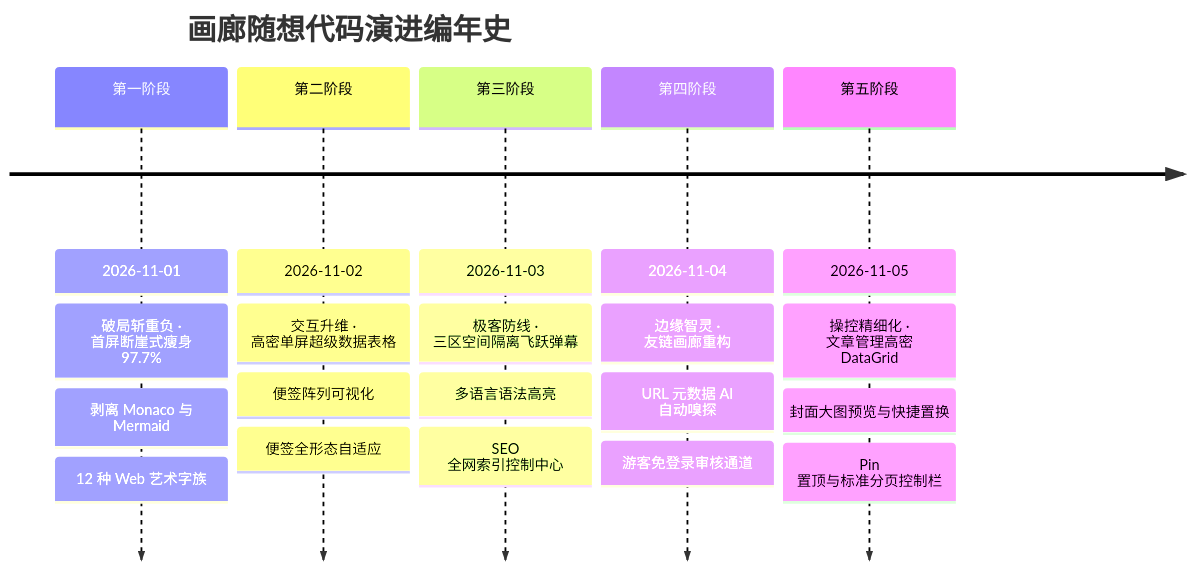
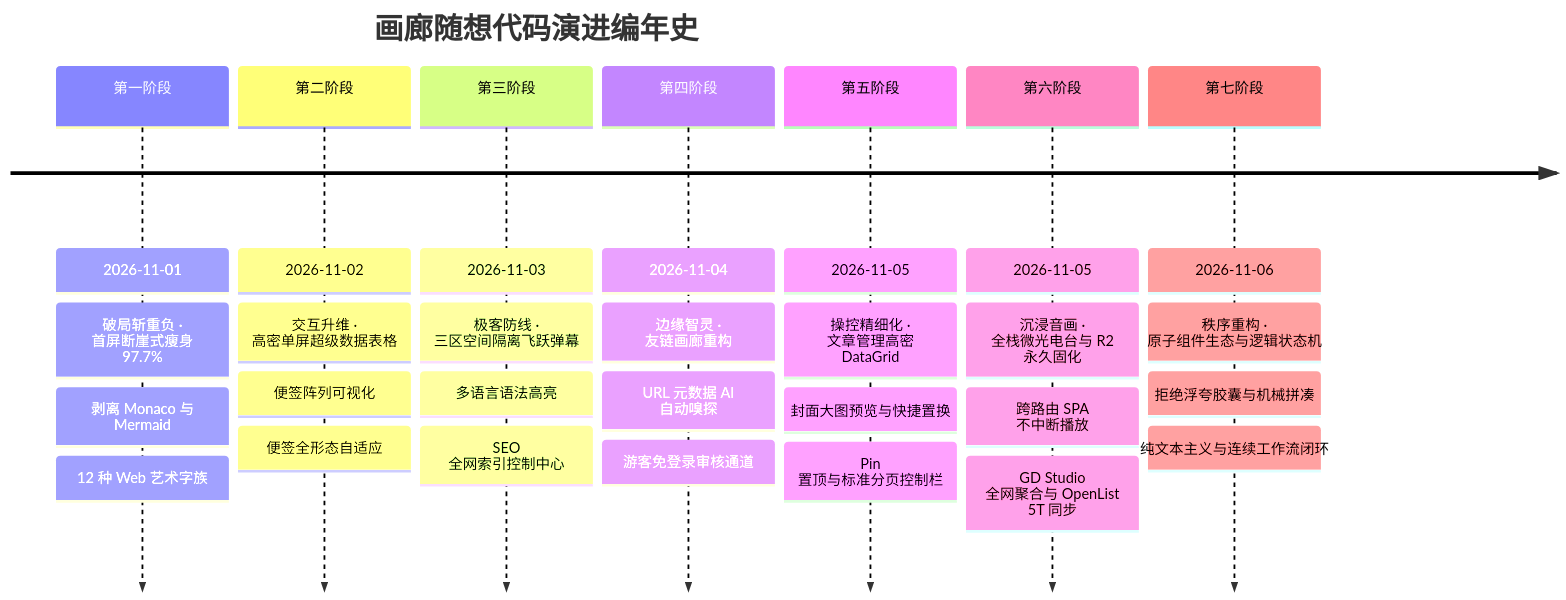
Before and after one commit to Smail-droid/Rin: the first of 3 diagrams in 画廊随想.md, drawn with Mermaid. The commit also changed other lines of this file, not shown here.

Commit message:
docs: chronicle music persistence, R2 pipeline, atomic widgets philosophy and state-machine workflow charter in manual

````diff
--- a/画廊随想.md
+++ b/画廊随想.md
@@ -36,9 +36,11 @@
 ```mermaid
 timeline
     title 画廊随想代码演进编年史
     第一阶段 : 2026-11-01 : 破局斩重负 · 首屏断崖式瘦身 97.7% : 剥离 Monaco 与 Mermaid : 12 种 Web 艺术字族
     第二阶段 : 2026-11-02 : 交互升维 · 高密单屏超级数据表格 : 便签阵列可视化 : 便签全形态自适应
     第三阶段 : 2026-11-03 : 极客防线 · 三区空间隔离飞跃弹幕 : 多语言语法高亮 : SEO 全网索引控制中心
     第四阶段 : 2026-11-04 : 边缘智灵 · 友链画廊重构 : URL 元数据 AI 自动嗅探 : 游客免登录审核通道
     第五阶段 : 2026-11-05 : 操控精细化 · 文章管理高密 DataGrid : 封面大图预览与快捷置换 : Pin 置顶与标准分页控制栏
+    第六阶段 : 2026-11-05 : 沉浸音画 · 全栈微光电台与 R2 永久固化 : 跨路由 SPA 不中断播放 : GD Studio 全网聚合与 OpenList 5T 同步
+    第七阶段 : 2026-11-06 : 秩序重构 · 原子组件生态与逻辑状态机 : 拒绝浮夸胶囊与机械拼凑 : 纯文本主义与连续工作流闭环
 ```
````
